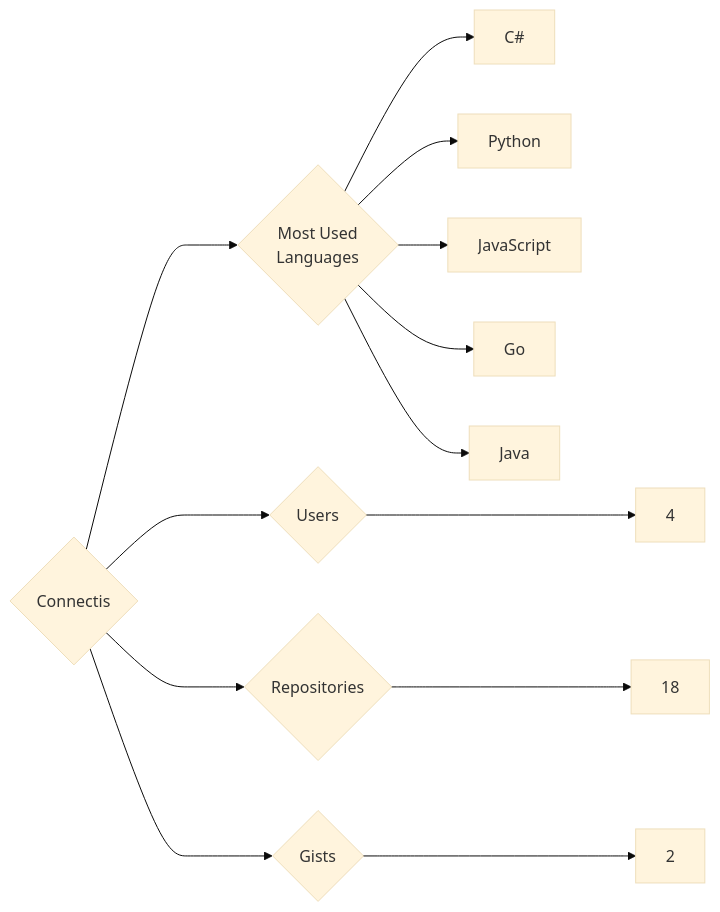
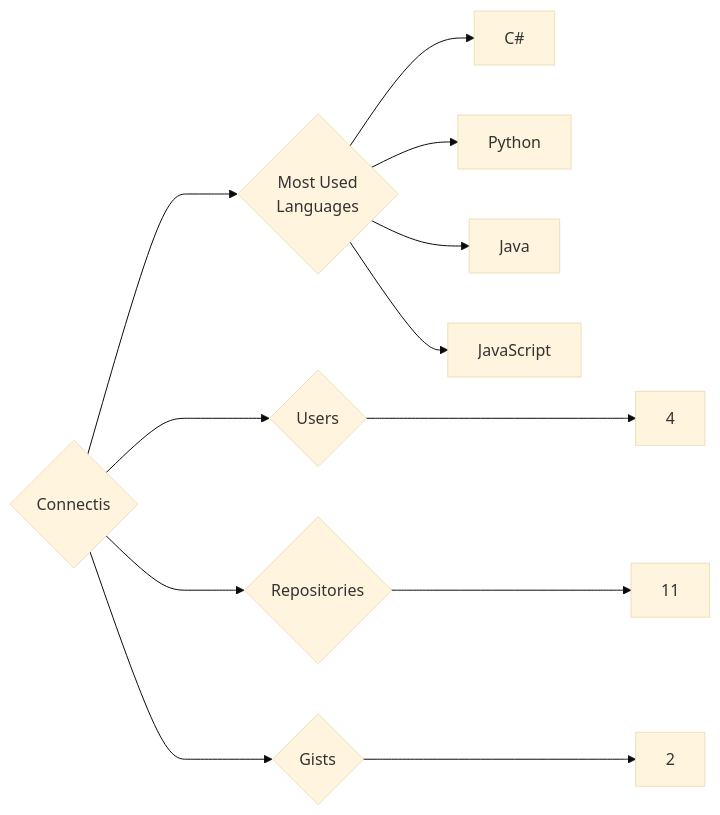
The diagram in targets/Connectis/README.md (trickest/insiders), drawn with Mermaid (base theme) before and after one commit. The commit also changed 1055 other files, not shown here.

````diff
--- a/targets/Connectis/README.md
+++ b/targets/Connectis/README.md
@@ -3,13 +3,12 @@
 ```mermaid
 graph LR
 COMPANY_NAME{Connectis}
 COMPANY_NAME ---> U{Users} ---> UN[4]
-COMPANY_NAME ---> R{Repositories} ---> RN[18]
+COMPANY_NAME ---> R{Repositories} ---> RN[11]
 COMPANY_NAME ---> G{Gists} ---> GN[2]
 COMPANY_NAME ---> ML{Most Used<br>Languages}
 ML --> C#[C#]
 ML --> Python[Python]
+ML --> Java[Java]
 ML --> JavaScript[JavaScript]
-ML --> Go[Go]
-ML --> Java[Java]
 ```
````
